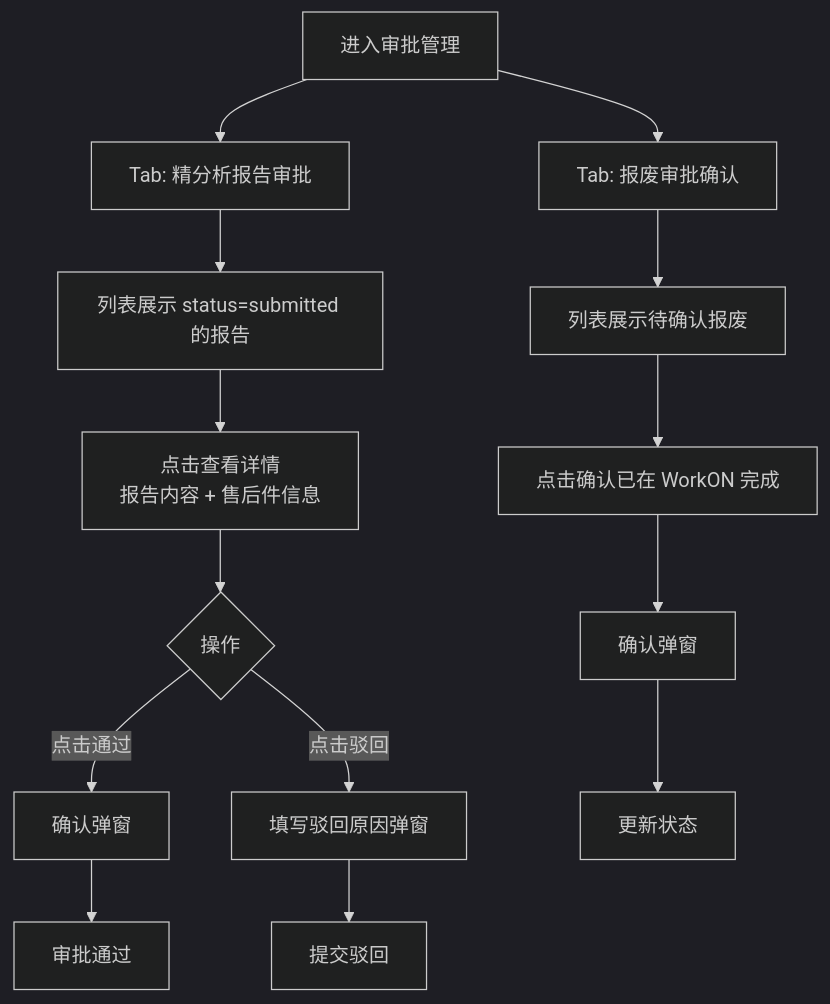
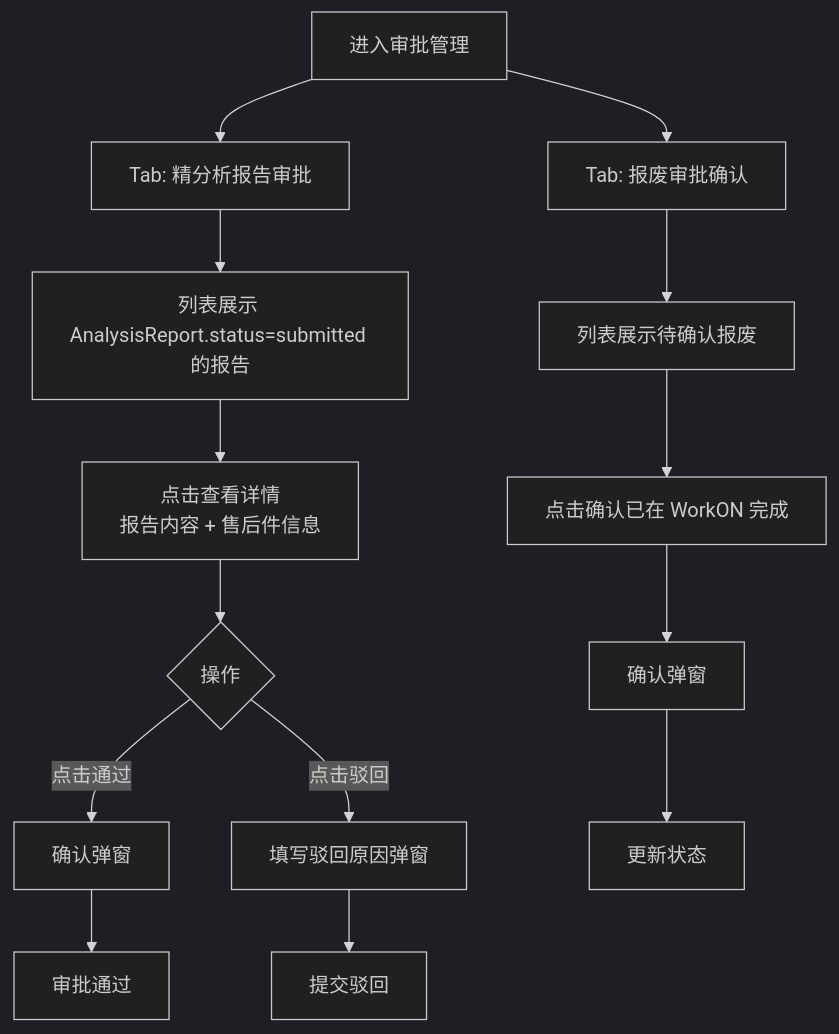
Before and after one commit to xvfeiran/wfam-doc: the ninth of 12 diagrams in 开发设计文档.md, drawn with Mermaid (dark theme). The commit also changed other lines of this file, not shown here.

````diff
--- a/开发设计文档.md
+++ b/开发设计文档.md
@@ -651,19 +643,19 @@
 ```mermaid
 flowchart TD
     Enter[进入审批管理]
 
     Enter --> TabReport[Tab: 精分析报告审批]
-    TabReport --> ListReports[列表展示 status=submitted 的报告]
+    TabReport --> ListReports[列表展示 AnalysisReport.status=submitted 的报告]
     ListReports --> ViewDetail[点击查看详情\n报告内容 + 售后件信息]
     ViewDetail --> Action{操作}
     Action -->|点击通过| ConfirmApprove[确认弹窗]
     ConfirmApprove --> Approved[审批通过]
     Action -->|点击驳回| FillReason[填写驳回原因弹窗]
     FillReason --> Rejected[提交驳回]
 
     Enter --> TabScrap[Tab: 报废审批确认]
     TabScrap --> ListScrap[列表展示待确认报废]
     ListScrap --> ConfirmBtn[点击确认已在 WorkON 完成]
     ConfirmBtn --> ConfirmDlg[确认弹窗]
     ConfirmDlg --> UpdateStatus[更新状态]
 ```
````
